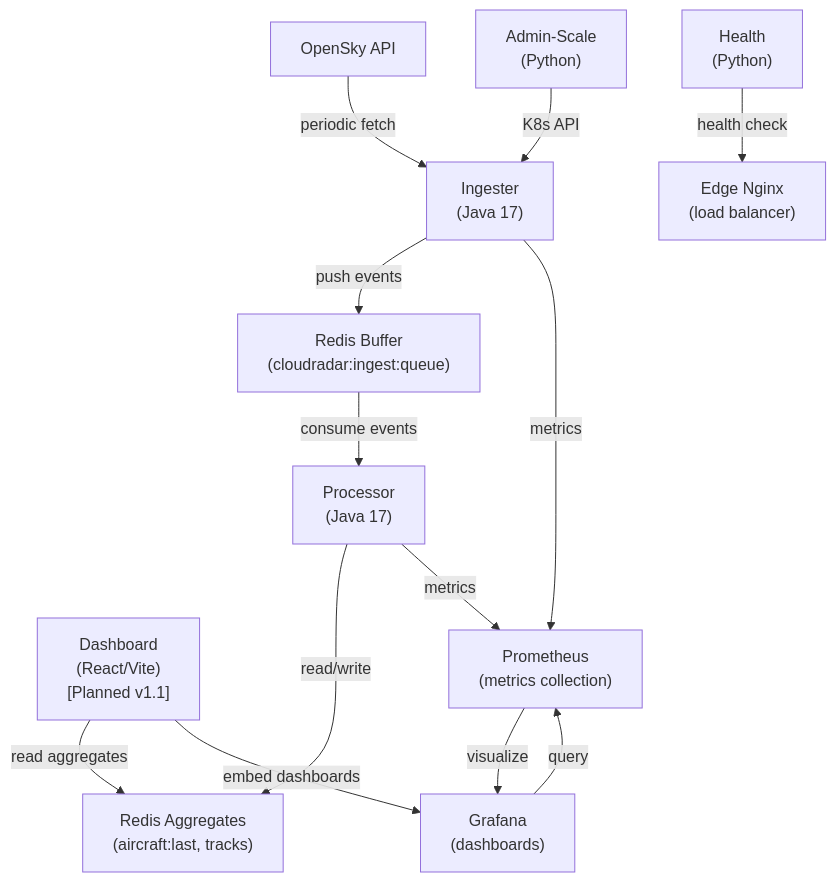
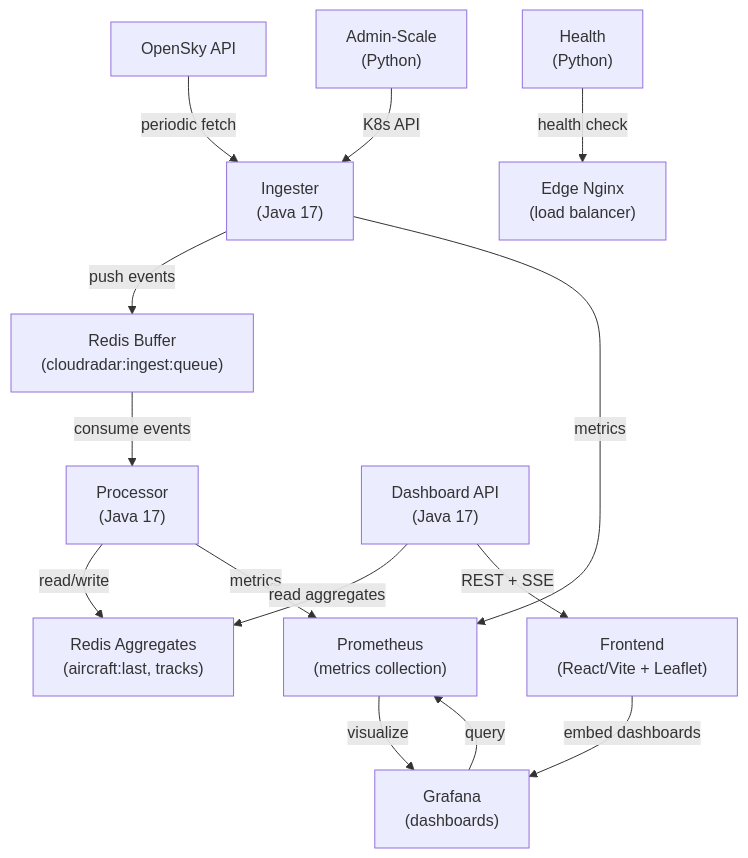
One commit to ClementV78/CloudRadar changed the first of 8 diagrams in docs/architecture/application-architecture.md. Above: the diagram before and after it, drawn with Mermaid. The commit also changed other lines of this file and 2 other files, not shown here.

First line of the commit message:
docs(architecture): align EN/FR summaries and app architecture

````diff
--- a/docs/architecture/application-architecture.md
+++ b/docs/architecture/application-architecture.md
@@ -15,27 +18,29 @@
 ```mermaid
 graph TB
     OpenSky["OpenSky API"]
     Ingester["Ingester<br/>(Java 17)"]
     Redis["Redis Buffer<br/>(cloudradar:ingest:queue)"]
     Processor["Processor<br/>(Java 17)"]
     RedisAgg["Redis Aggregates<br/>(aircraft:last, tracks)"]
     Health["Health<br/>(Python)"]
     AdminScale["Admin-Scale<br/>(Python)"]
     Edge["Edge Nginx<br/>(load balancer)"]
-    Dashboard["Dashboard<br/>(React/Vite)<br/>[Planned v1.1]"]
+    DashboardAPI["Dashboard API<br/>(Java 17)"]
+    Frontend["Frontend<br/>(React/Vite + Leaflet)"]
     Prometheus["Prometheus<br/>(metrics collection)"]
     Grafana["Grafana<br/>(dashboards)"]
 
     OpenSky -->|periodic fetch| Ingester
     Ingester -->|push events| Redis
     Redis -->|consume events| Processor
     Processor -->|read/write| RedisAgg
     Health -->|health check| Edge
     AdminScale -->|K8s API| Ingester
     Ingester -->|metrics| Prometheus
     Processor -->|metrics| Prometheus
     Prometheus -->|visualize| Grafana
-    Dashboard -->|read aggregates| RedisAgg
-    Dashboard -->|embed dashboards| Grafana
+    DashboardAPI -->|read aggregates| RedisAgg
+    DashboardAPI -->|REST + SSE| Frontend
+    Frontend -->|embed dashboards| Grafana
     Grafana -->|query| Prometheus
 ```
````
